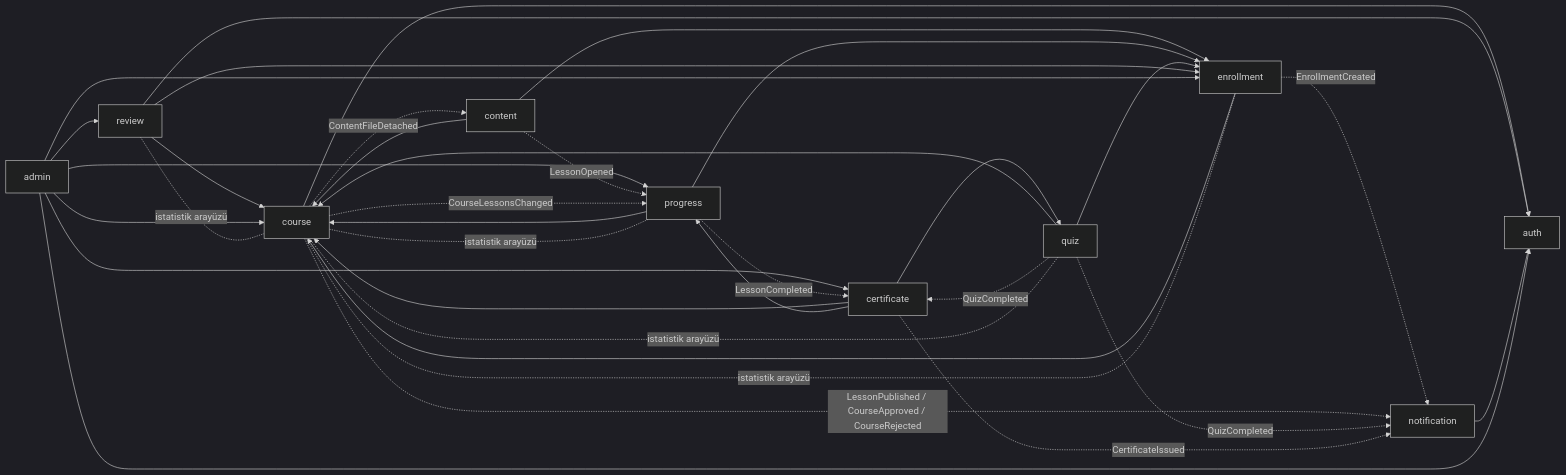
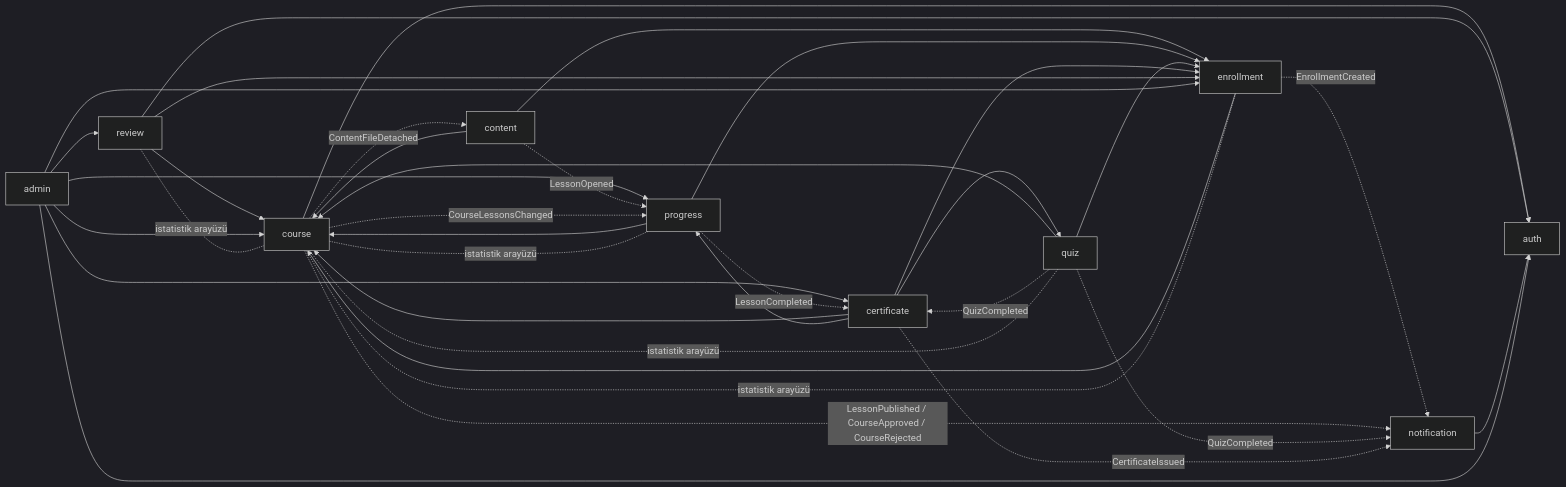
The second of 2 diagrams in docs/architecture.md (Bertanokt/mini-udemy), drawn with Mermaid (dark theme) before and after one commit. The commit also changed other lines of this file and 19 other files, not shown here.

````diff
--- a/docs/architecture.md
+++ b/docs/architecture.md
@@ -222,40 +232,41 @@
 ```mermaid
 flowchart LR
   auth
   course --> auth
   enrollment --> course
   content --> course
   content --> enrollment
   progress --> course
   progress --> enrollment
   quiz --> course
   quiz --> enrollment
   certificate --> course
+  certificate --> enrollment
   certificate --> progress
   certificate --> quiz
   review --> auth
   review --> course
   review --> enrollment
   notification --> auth
   admin --> auth
   admin --> course
   admin --> enrollment
   admin --> progress
   admin --> certificate
   admin --> review
 
   enrollment -. EnrollmentCreated .-> notification
   course -. LessonPublished / CourseApproved / CourseRejected .-> notification
   content -. LessonOpened .-> progress
   course -. CourseLessonsChanged .-> progress
   course -. ContentFileDetached .-> content
   progress -. LessonCompleted .-> certificate
   quiz -. QuizCompleted .-> certificate
   quiz -. QuizCompleted .-> notification
   certificate -. CertificateIssued .-> notification
 
   enrollment -.-|istatistik arayüzü| course
   progress -.-|istatistik arayüzü| course
   quiz -.-|istatistik arayüzü| course
   review -.-|istatistik arayüzü| course
 ```
````
